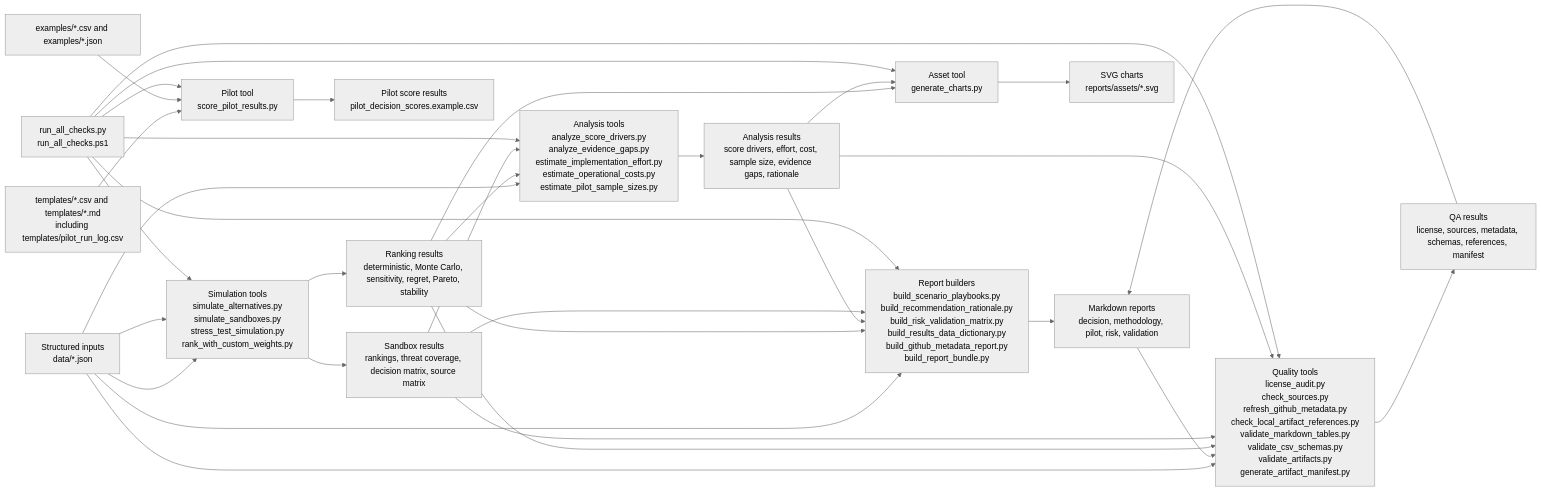
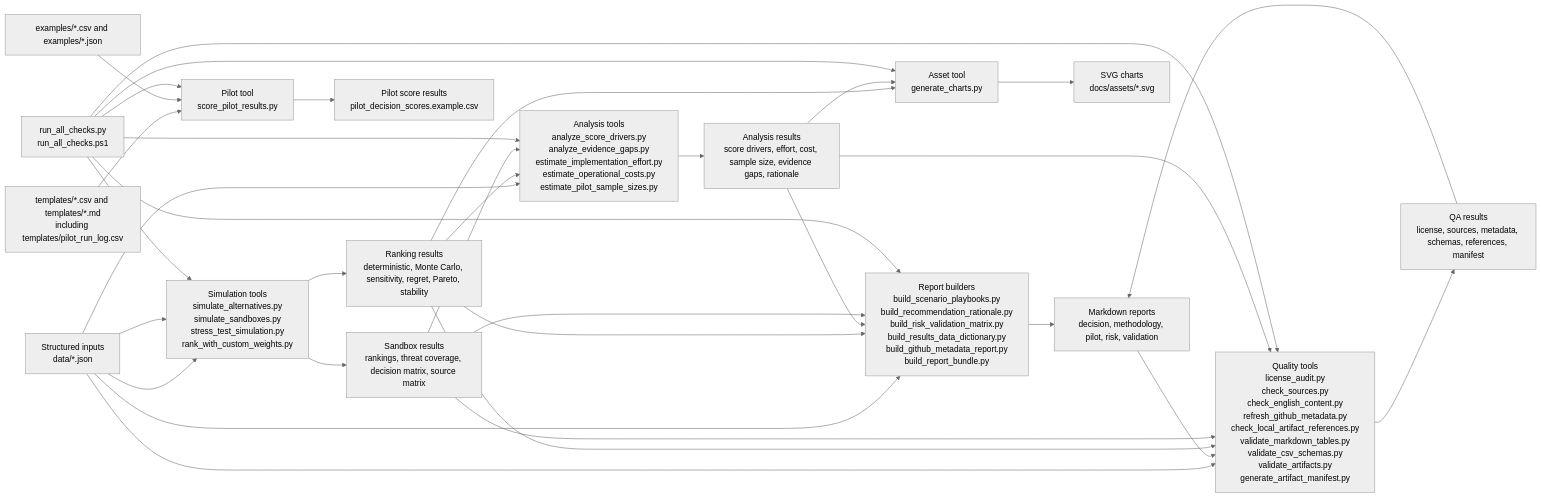
The fifth of 8 diagrams in reports/final_report_bundle.md (gvillarroel/sdlc), drawn with Mermaid (neutral theme) before and after one commit. The commit also changed other lines of this file and 76 other files, not shown here.

````diff
--- a/reports/final_report_bundle.md
+++ b/reports/final_report_bundle.md
@@ -4462,50 +4407,50 @@
 ```mermaid
 flowchart LR
     Data["Structured inputs<br/>data/*.json"]
 
     Sim["Simulation tools<br/>simulate_alternatives.py<br/>simulate_sandboxes.py<br/>stress_test_simulation.py<br/>rank_with_custom_weights.py"]
     Analysis["Analysis tools<br/>analyze_score_drivers.py<br/>analyze_evidence_gaps.py<br/>estimate_implementation_effort.py<br/>estimate_operational_costs.py<br/>estimate_pilot_sample_sizes.py"]
     Builders["Report builders<br/>build_scenario_playbooks.py<br/>build_recommendation_rationale.py<br/>build_risk_validation_matrix.py<br/>build_results_data_dictionary.py<br/>build_github_metadata_report.py<br/>build_report_bundle.py"]
-    QA["Quality tools<br/>license_audit.py<br/>check_sources.py<br/>refresh_github_metadata.py<br/>check_local_artifact_references.py<br/>validate_markdown_tables.py<br/>validate_csv_schemas.py<br/>validate_artifacts.py<br/>generate_artifact_manifest.py"]
+    QA["Quality tools<br/>license_audit.py<br/>check_sources.py<br/>check_english_content.py<br/>refresh_github_metadata.py<br/>check_local_artifact_references.py<br/>validate_markdown_tables.py<br/>validate_csv_schemas.py<br/>validate_artifacts.py<br/>generate_artifact_manifest.py"]
     Assets["Asset tool<br/>generate_charts.py"]
     Pilot["Pilot tool<br/>score_pilot_results.py"]
     Runner["run_all_checks.py<br/>run_all_checks.ps1"]
 
     RankingResults["Ranking results<br/>deterministic, Monte Carlo, sensitivity, regret, Pareto, stability"]
     SandboxResults["Sandbox results<br/>rankings, threat coverage, decision matrix, source matrix"]
     AnalysisResults["Analysis results<br/>score drivers, effort, cost, sample size, evidence gaps, rationale"]
     QAResults["QA results<br/>license, sources, metadata, schemas, references, manifest"]
     PilotResults["Pilot score results<br/>pilot_decision_scores.example.csv"]
     Reports["Markdown reports<br/>decision, methodology, pilot, risk, validation"]
-    Charts["SVG charts<br/>reports/assets/*.svg"]
+    Charts["SVG charts<br/>docs/assets/*.svg"]
 
     Data --> Sim --> RankingResults
     Data --> Sim --> SandboxResults
     Data --> Analysis --> AnalysisResults
     RankingResults --> Analysis
     SandboxResults --> Analysis
     Data --> Builders
     RankingResults --> Builders
     AnalysisResults --> Builders
     SandboxResults --> Builders
     Builders --> Reports
     Assets --> Charts
     RankingResults --> Assets
     AnalysisResults --> Assets
     Data --> QA
     Reports --> QA
     RankingResults --> QA
     SandboxResults --> QA
     AnalysisResults --> QA
     QA --> QAResults
     Pilot --> PilotResults
     Templates["templates/*.csv and templates/*.md<br/>including templates/pilot_run_log.csv"] --> Pilot
     Examples["examples/*.csv and examples/*.json"] --> Pilot
     Runner --> Sim
     Runner --> Analysis
     Runner --> Builders
     Runner --> Assets
     Runner --> QA
     Runner --> Pilot
     QAResults --> Reports
 ```
````
